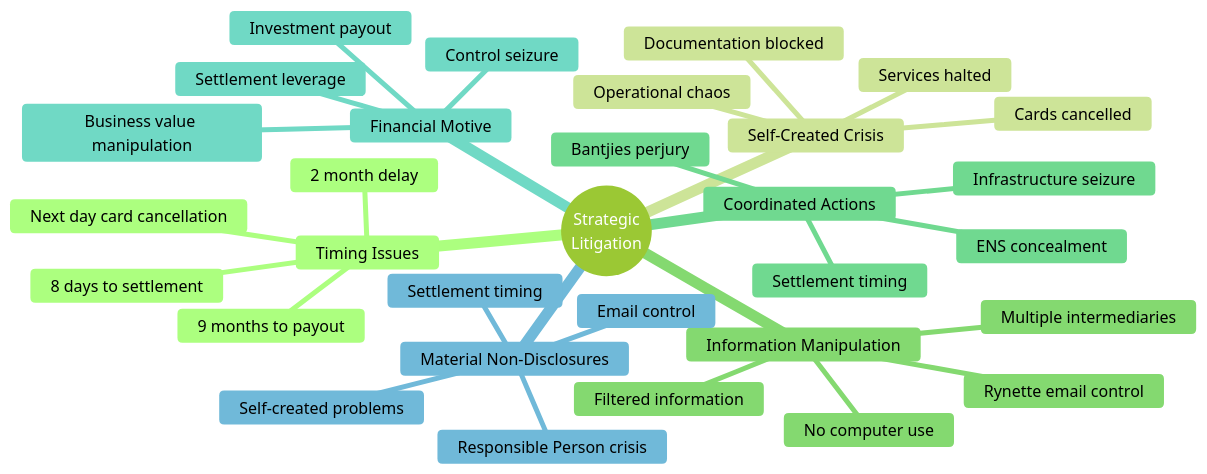
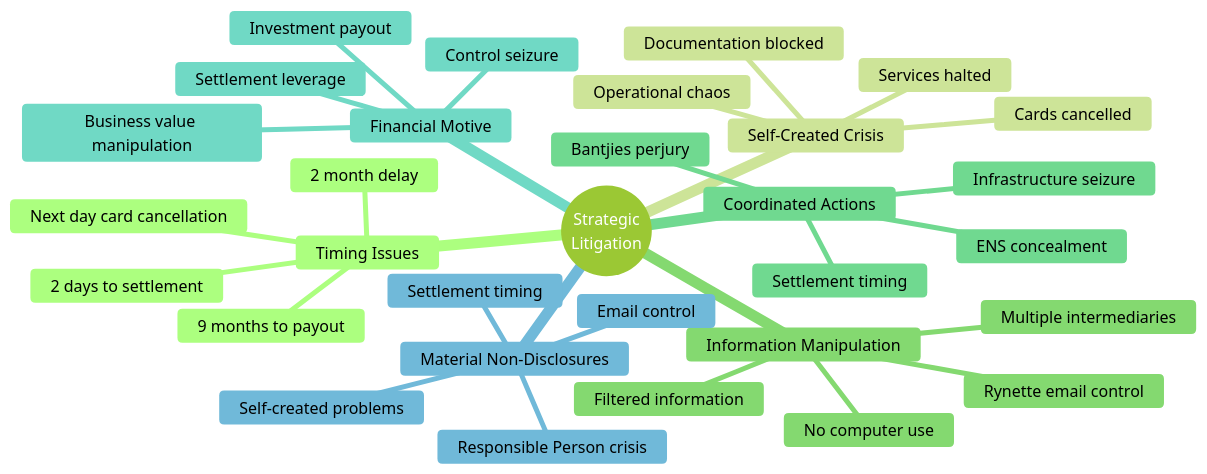
Before and after one commit to cogpy/ad-res-j7: the ninth of 9 diagrams in affidavit_work/analysis/TIMELINE_VISUAL_DIAGRAM.md, drawn with Mermaid (forest theme). The commit also changed other lines of this file and 5 other files, not shown here.

Commit message:
Fix critical date inaccuracies in timeline analysis (8 days → 2 days, 65 days → 64 days)

````diff
--- a/affidavit_work/analysis/TIMELINE_VISUAL_DIAGRAM.md
+++ b/affidavit_work/analysis/TIMELINE_VISUAL_DIAGRAM.md
@@ -372,34 +372,34 @@
 ```mermaid
 mindmap
   root((Strategic<br/>Litigation))
     Timing Issues
       2 month delay
-      8 days to settlement
+      2 days to settlement
       9 months to payout
       Next day card cancellation
     Self-Created Crisis
       Cards cancelled
       Services halted
       Documentation blocked
       Operational chaos
     Information Manipulation
       Rynette email control
       No computer use
       Filtered information
       Multiple intermediaries
     Coordinated Actions
       Bantjies perjury
       ENS concealment
       Settlement timing
       Infrastructure seizure
     Financial Motive
       Investment payout
       Settlement leverage
       Control seizure
       Business value manipulation
     Material Non-Disclosures
       Responsible Person crisis
       Email control
       Self-created problems
       Settlement timing
 ```
````
